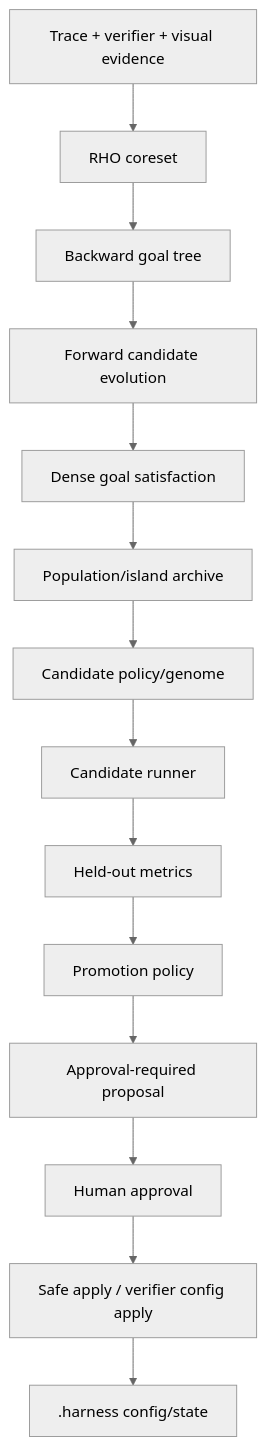
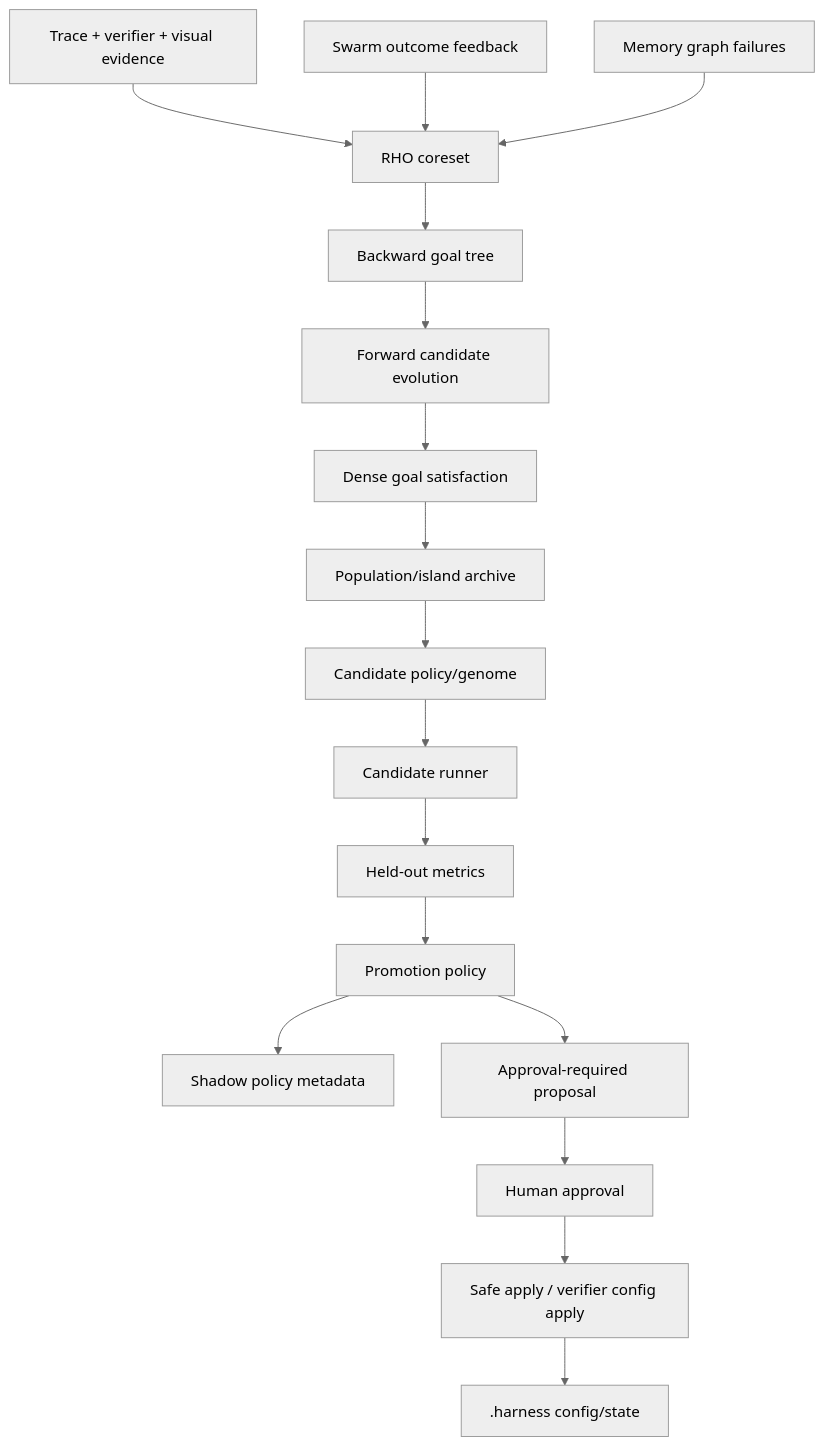
One commit to PhantomG27249/helios-forge changed the fifth of 6 diagrams in docs/architecture/feature-architecture-map.md. Above: the diagram before and after it, drawn with Mermaid (neutral theme). The commit also changed other lines of this file, not shown here.

Commit message:
docs: update feature architecture for evolution upgrades

````diff
--- a/docs/architecture/feature-architecture-map.md
+++ b/docs/architecture/feature-architecture-map.md
@@ -196,16 +207,19 @@
 ```mermaid
 flowchart TD
   TraceEvidence["Trace + verifier + visual evidence"] --> RHO["RHO coreset"]
+  SwarmOutcome["Swarm outcome feedback"] --> RHO
+  MemGraphFailures["Memory graph failures"] --> RHO
   RHO --> Backward["Backward goal tree"]
   Backward --> Forward["Forward candidate evolution"]
   Forward --> DenseScore["Dense goal satisfaction"]
   DenseScore --> Population["Population/island archive"]
   Population --> Candidate["Candidate policy/genome"]
   Candidate --> Runner["Candidate runner"]
   Runner --> Metrics["Held-out metrics"]
   Metrics --> Promotion["Promotion policy"]
+  Promotion --> ShadowPolicy["Shadow policy metadata"]
   Promotion --> Proposal["Approval-required proposal"]
   Proposal --> Human["Human approval"]
   Human --> Apply["Safe apply / verifier config apply"]
   Apply --> HarnessConfig[".harness config/state"]
 ```
````
